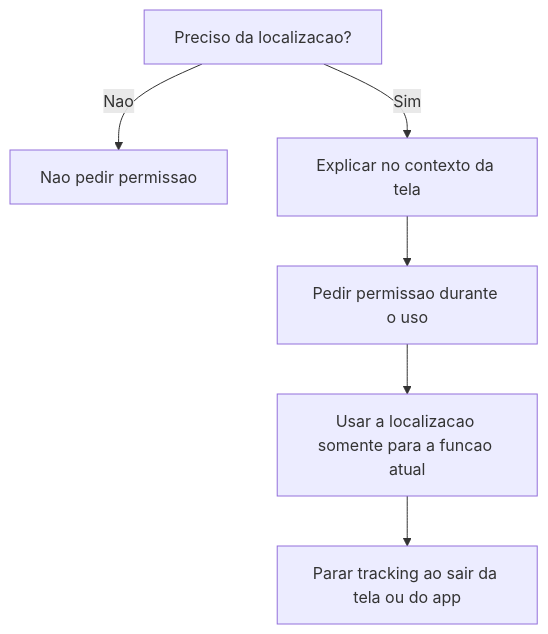
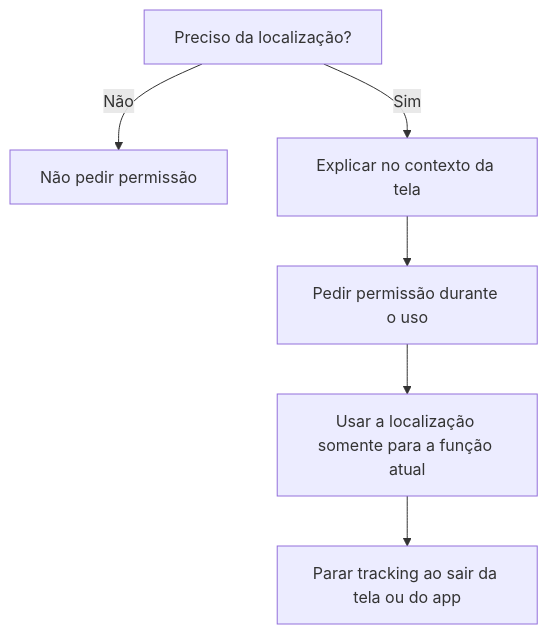
Before and after one commit to prof-gustavo-villalta/self: the seventh of 13 diagrams in courses/2026-1-DS-Prog-Aplicativos-Mobile-II-Novotec-Noturno/aulas/aula-12.md, drawn with Mermaid. The commit also changed other lines of this file and 6 other files, not shown here.

````diff
--- a/courses/2026-1-DS-Prog-Aplicativos-Mobile-II-Novotec-Noturno/aulas/aula-12.md
+++ b/courses/2026-1-DS-Prog-Aplicativos-Mobile-II-Novotec-Noturno/aulas/aula-12.md
@@ -246,8 +246,8 @@
 ```mermaid
 flowchart TD
-    A[Preciso da localizacao?] -->|Nao| B[Nao pedir permissao]
+    A[Preciso da localização?] -->|Não| B[Não pedir permissão]
     A -->|Sim| C[Explicar no contexto da tela]
-    C --> D[Pedir permissao durante o uso]
-    D --> E[Usar a localizacao somente para a funcao atual]
+    C --> D[Pedir permissão durante o uso]
+    D --> E[Usar a localização somente para a função atual]
     E --> F[Parar tracking ao sair da tela ou do app]
 ```
````
